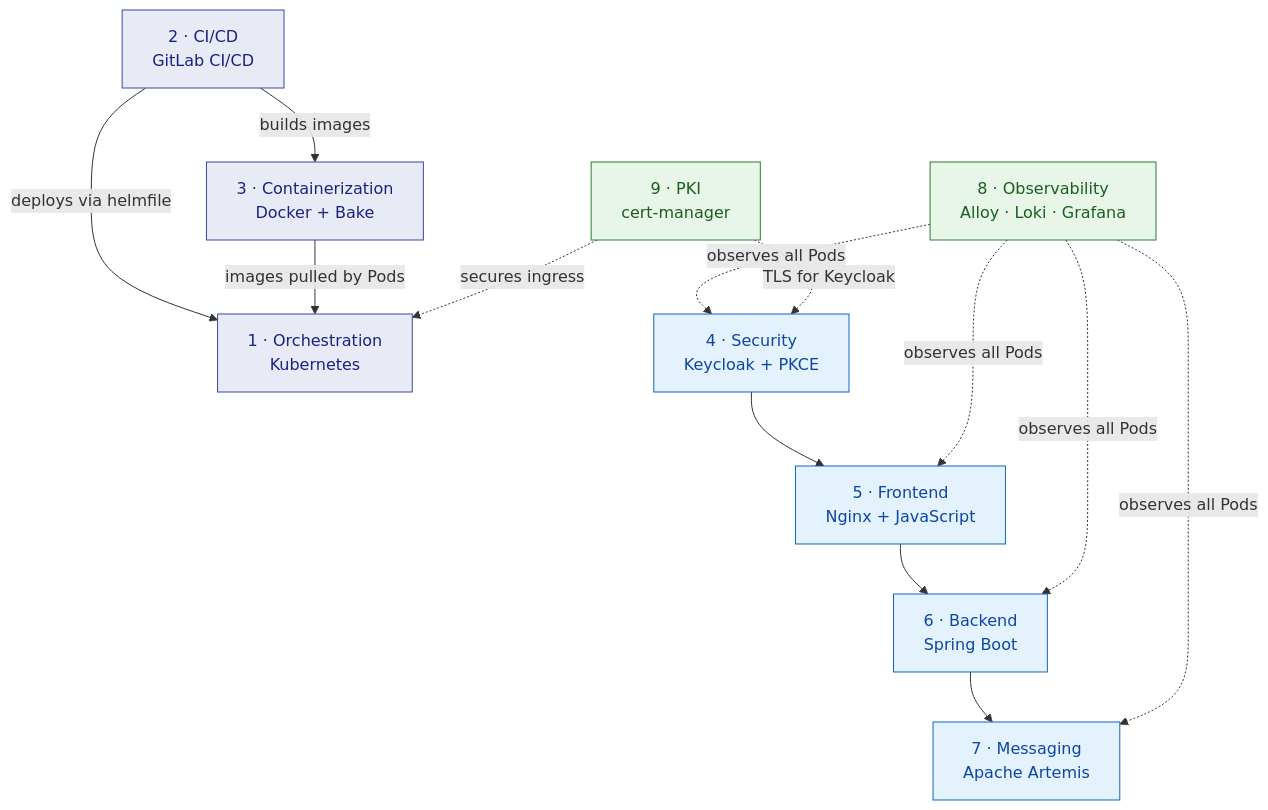
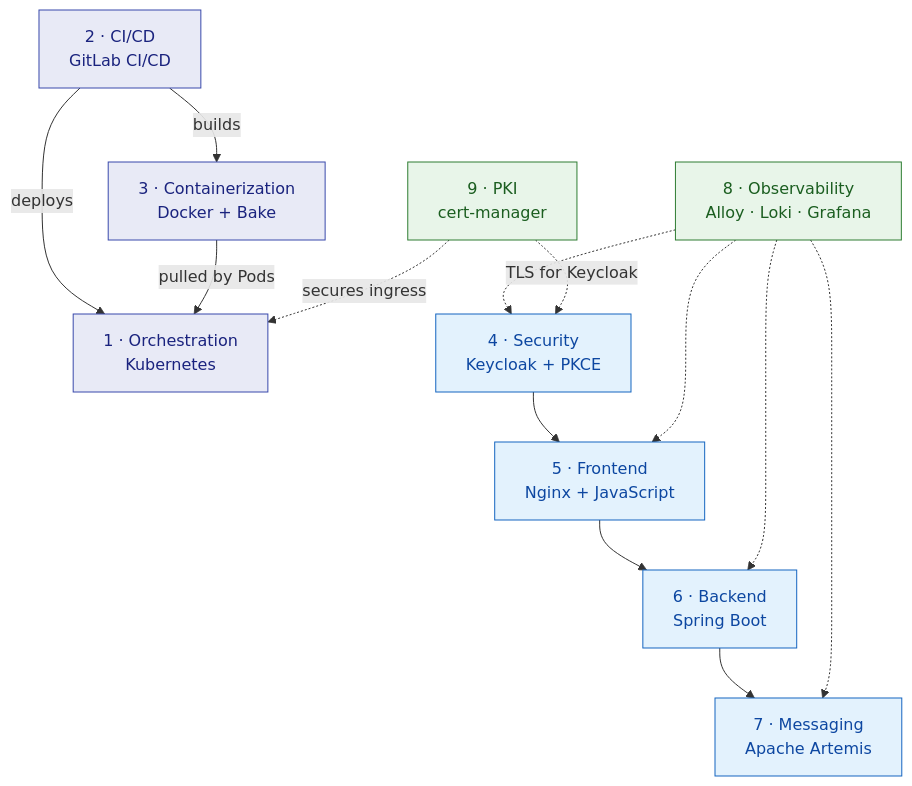
The third of 26 diagrams in docs/_drafts/all-diagrams.md (mohamad4444/cloud-native-purchase-system), drawn with Mermaid before and after one commit. The commit also changed 3 other files, not shown here.

Commit message:
docs: prevent nine-layer diagram from being cropped

````diff
--- a/docs/_drafts/all-diagrams.md
+++ b/docs/_drafts/all-diagrams.md
@@ -97,30 +97,30 @@
 ```mermaid
 flowchart TB
   L1["1 · Orchestration<br/>Kubernetes"]
   L2["2 · CI/CD<br/>GitLab CI/CD"]
   L3["3 · Containerization<br/>Docker + Bake"]
   L4["4 · Security<br/>Keycloak + PKCE"]
   L5["5 · Frontend<br/>Nginx + JavaScript"]
   L6["6 · Backend<br/>Spring Boot"]
   L7["7 · Messaging<br/>Apache Artemis"]
   L8["8 · Observability<br/>Alloy · Loki · Grafana"]
   L9["9 · PKI<br/>cert-manager"]
 
-  L2 -->|"deploys via helmfile"| L1
-  L2 -->|"builds images"| L3
-  L3 -->|"images pulled by Pods"| L1
+  L2 -->|"deploys"| L1
+  L2 -->|"builds"| L3
+  L3 -->|"pulled by Pods"| L1
   L4 --> L5 --> L6 --> L7
-  L8 -.->|"observes all Pods"| L4
-  L8 -.->|"observes all Pods"| L5
-  L8 -.->|"observes all Pods"| L6
-  L8 -.->|"observes all Pods"| L7
+  L8 -.-> L4
+  L8 -.-> L5
+  L8 -.-> L6
+  L8 -.-> L7
   L9 -.->|"secures ingress"| L1
   L9 -.->|"TLS for Keycloak"| L4
 
   classDef platform fill:#e8eaf6,stroke:#3949ab,color:#1a237e;
   classDef app fill:#e3f2fd,stroke:#1565c0,color:#0d47a1;
   classDef cross fill:#e8f5e9,stroke:#2e7d32,color:#1b5e20;
   class L1,L2,L3 platform;
   class L4,L5,L6,L7 app;
   class L8,L9 cross;
 ```
````
